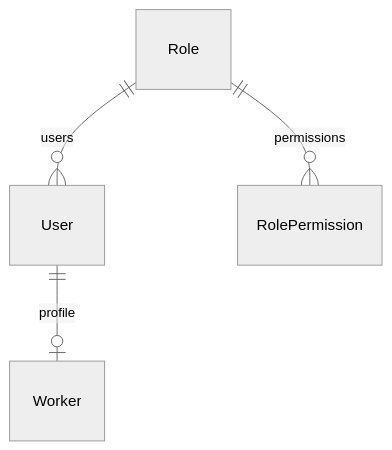
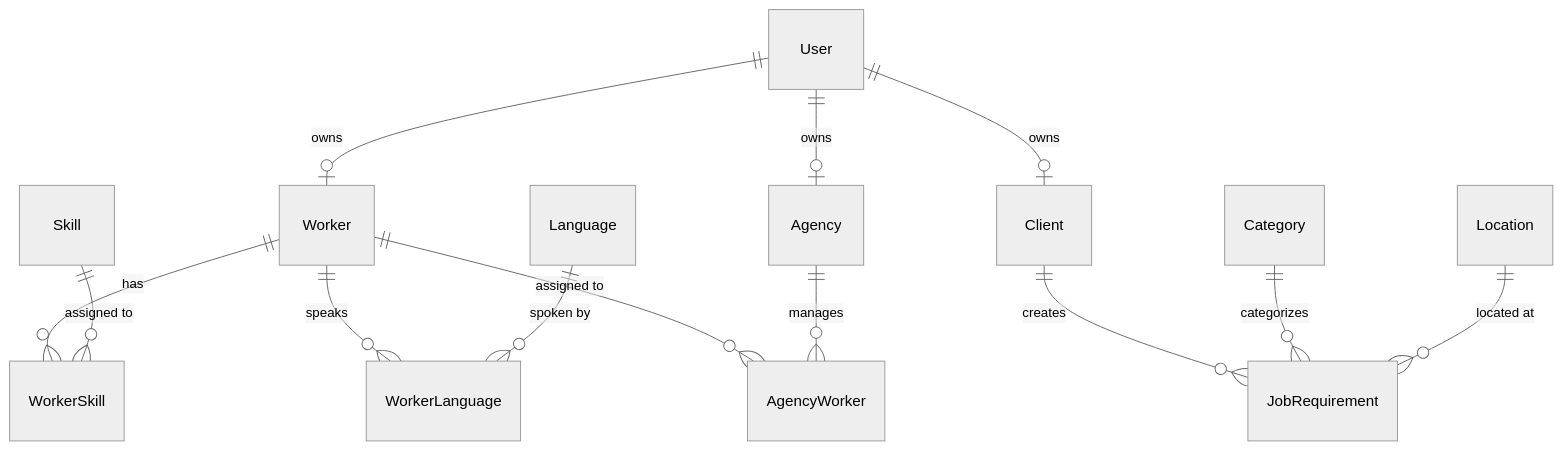
The diagram in docs/database/schema.md (tegrand/eliminate), drawn with Mermaid (neutral theme) before and after one commit. The commit also changed other lines of this file, not shown here.

Commit message:
docs: write comprehensive database schema documentation

````diff
--- a/docs/database/schema.md
+++ b/docs/database/schema.md
@@ -4,6 +21,19 @@
 ```mermaid
 erDiagram
-    Role ||--o{ User : "users"
-    User ||--o| Worker : "profile"
-    Role ||--o{ RolePermission : "permissions"
+    User ||--o| Worker : "owns"
+    User ||--o| Client : "owns"
+    User ||--o| Agency : "owns"
+
+    Worker ||--o{ WorkerSkill : "has"
+    Skill ||--o{ WorkerSkill : "assigned to"
+
+    Worker ||--o{ WorkerLanguage : "speaks"
+    Language ||--o{ WorkerLanguage : "spoken by"
+
+    Worker ||--o{ AgencyWorker : "assigned to"
+    Agency ||--o{ AgencyWorker : "manages"
+
+    Client ||--o{ JobRequirement : "creates"
+    Category ||--o{ JobRequirement : "categorizes"
+    Location ||--o{ JobRequirement : "located at"
 ```
````
